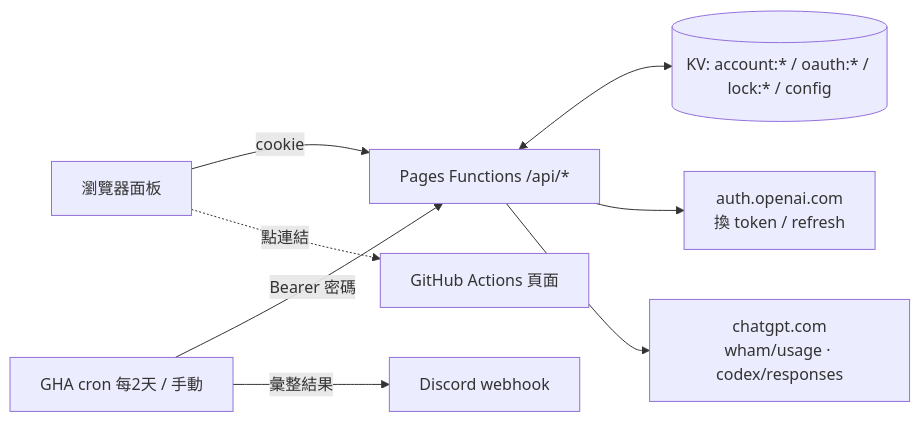
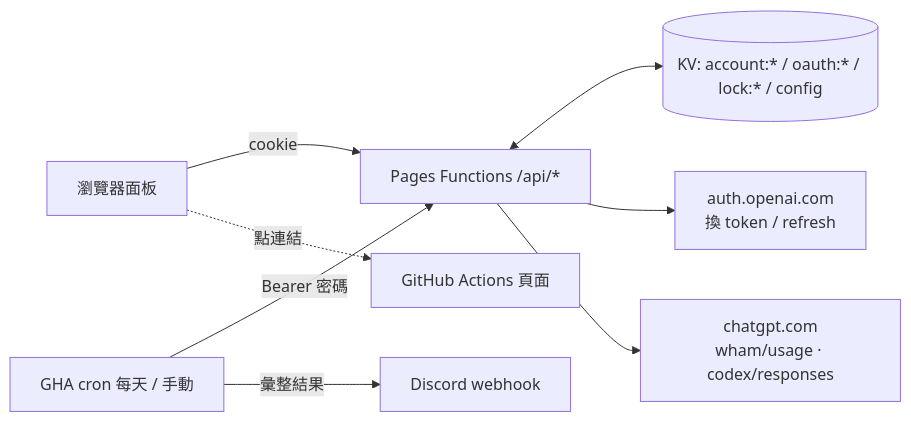
Before and after one commit to Artin0123/gpt-checker: the diagram in docs/plan.md, drawn with Mermaid. The commit also changed other lines of this file and 4 other files, not shown here.

````diff
--- a/docs/plan.md
+++ b/docs/plan.md
@@ -43,10 +43,10 @@
 ```mermaid
 flowchart LR
   U[瀏覽器面板] -- cookie --> F[Pages Functions /api/*]
-  G[GHA cron 每2天 / 手動] -- Bearer 密碼 --> F
+  G[GHA cron 每天 / 手動] -- Bearer 密碼 --> F
   F <--> KV[(KV: account:* / oauth:* / lock:* / config)]
   F --> A[auth.openai.com<br/>換 token / refresh]
   F --> W[chatgpt.com<br/>wham/usage · codex/responses]
   G -- 彙整結果 --> D[Discord webhook]
   U -. 點連結 .-> GH[GitHub Actions 頁面]
 ```
````
